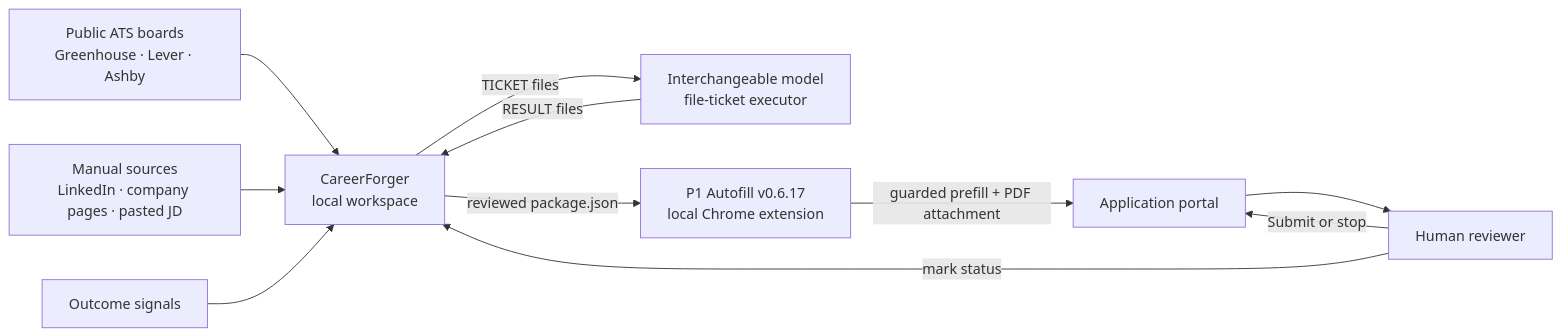
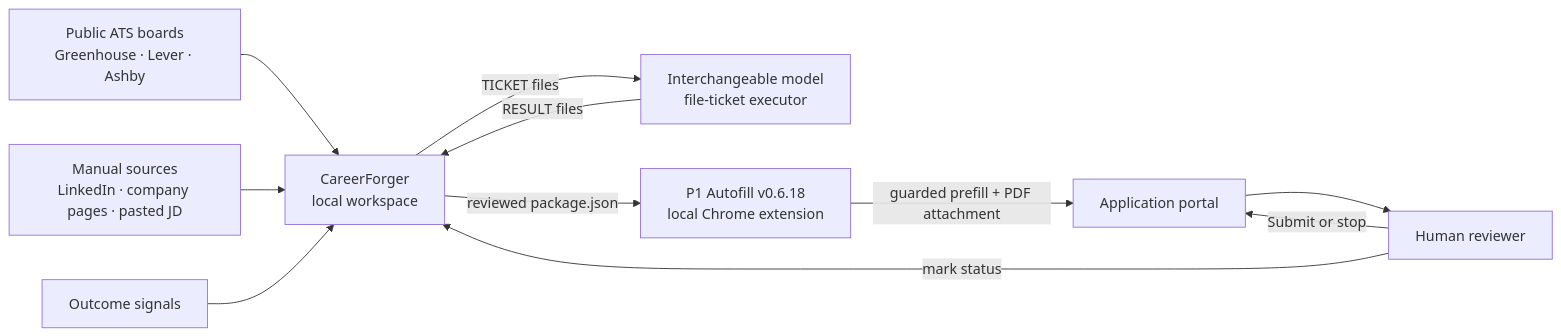
One commit to devothamgn321/CareerForger changed the first of 4 diagrams in docs/ARCHITECTURE.md. Above: the diagram before and after it, drawn with Mermaid. The commit also changed other lines of this file and 6 other files, not shown here.

````diff
--- a/docs/ARCHITECTURE.md
+++ b/docs/ARCHITECTURE.md
@@ -117,22 +117,22 @@
 ```mermaid
 flowchart LR
     ATS[Public ATS boards<br/>Greenhouse · Lever · Ashby]
     MANUAL[Manual sources<br/>LinkedIn · company pages · pasted JD]
     CF[CareerForger<br/>local workspace]
     MODEL[Interchangeable model<br/>file-ticket executor]
-    EXT[P1 Autofill v0.6.17<br/>local Chrome extension]
+    EXT[P1 Autofill v0.6.18<br/>local Chrome extension]
     PORTAL[Application portal]
     HUMAN[Human reviewer]
     OUTCOME[Outcome signals]
 
     ATS --> CF
     MANUAL --> CF
     CF -->|TICKET files| MODEL
     MODEL -->|RESULT files| CF
     CF -->|reviewed package.json| EXT
     EXT -->|guarded prefill + PDF attachment| PORTAL
     PORTAL --> HUMAN
     HUMAN -->|Submit or stop| PORTAL
     HUMAN -->|mark status| CF
     OUTCOME --> CF
 ```
````
